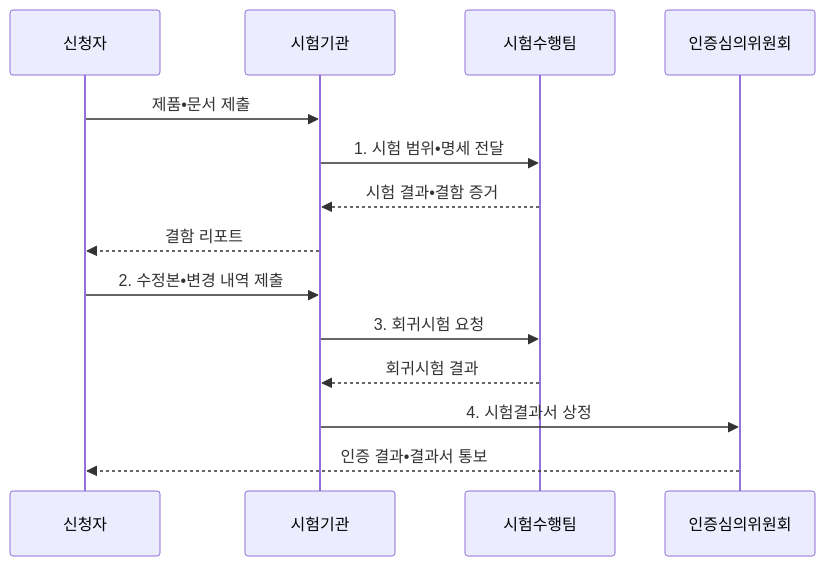
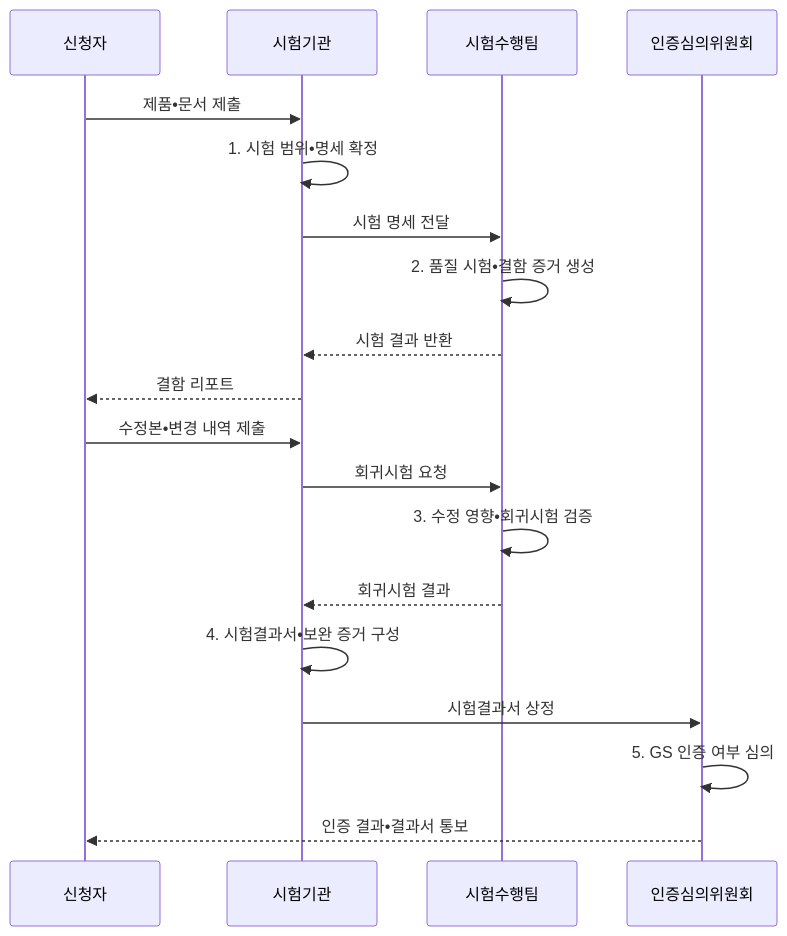
Before and after one commit to agnusdei1207/knowledge-base: the second of 2 diagrams in src/content/docs/notes/06-evaluation/031_tta_sw_quality_test.md, drawn with Mermaid. The commit also changed other lines of this file and 20 other files, not shown here.

````diff
--- a/src/content/docs/notes/06-evaluation/031_tta_sw_quality_test.md
+++ b/src/content/docs/notes/06-evaluation/031_tta_sw_quality_test.md
@@ -103,16 +103,21 @@
 ```mermaid
 sequenceDiagram
-    participant A as 신청자
-    participant T as 시험기관
-    participant Q as 시험수행팀
-    participant C as 인증심의위원회
-    A->>T: 제품•문서 제출
-    T->>Q: 1. 시험 범위•명세 전달
-    Q-->>T: 시험 결과•결함 증거
-    T-->>A: 결함 리포트
-    A->>T: 2. 수정본•변경 내역 제출
-    T->>Q: 3. 회귀시험 요청
-    Q-->>T: 회귀시험 결과
-    T->>C: 4. 시험결과서 상정
-    C-->>A: 인증 결과•결과서 통보
+  participant A as 신청자
+  participant T as 시험기관
+  participant Q as 시험수행팀
+  participant C as 인증심의위원회
+  A->>T: 제품•문서 제출
+  T->>T: 1. 시험 범위•명세 확정
+  T->>Q: 시험 명세 전달
+  Q->>Q: 2. 품질 시험•결함 증거 생성
+  Q-->>T: 시험 결과 반환
+  T-->>A: 결함 리포트
+  A->>T: 수정본•변경 내역 제출
+  T->>Q: 회귀시험 요청
+  Q->>Q: 3. 수정 영향•회귀시험 검증
+  Q-->>T: 회귀시험 결과
+  T->>T: 4. 시험결과서•보완 증거 구성
+  T->>C: 시험결과서 상정
+  C->>C: 5. GS 인증 여부 심의
+  C-->>A: 인증 결과•결과서 통보
 ```
````
